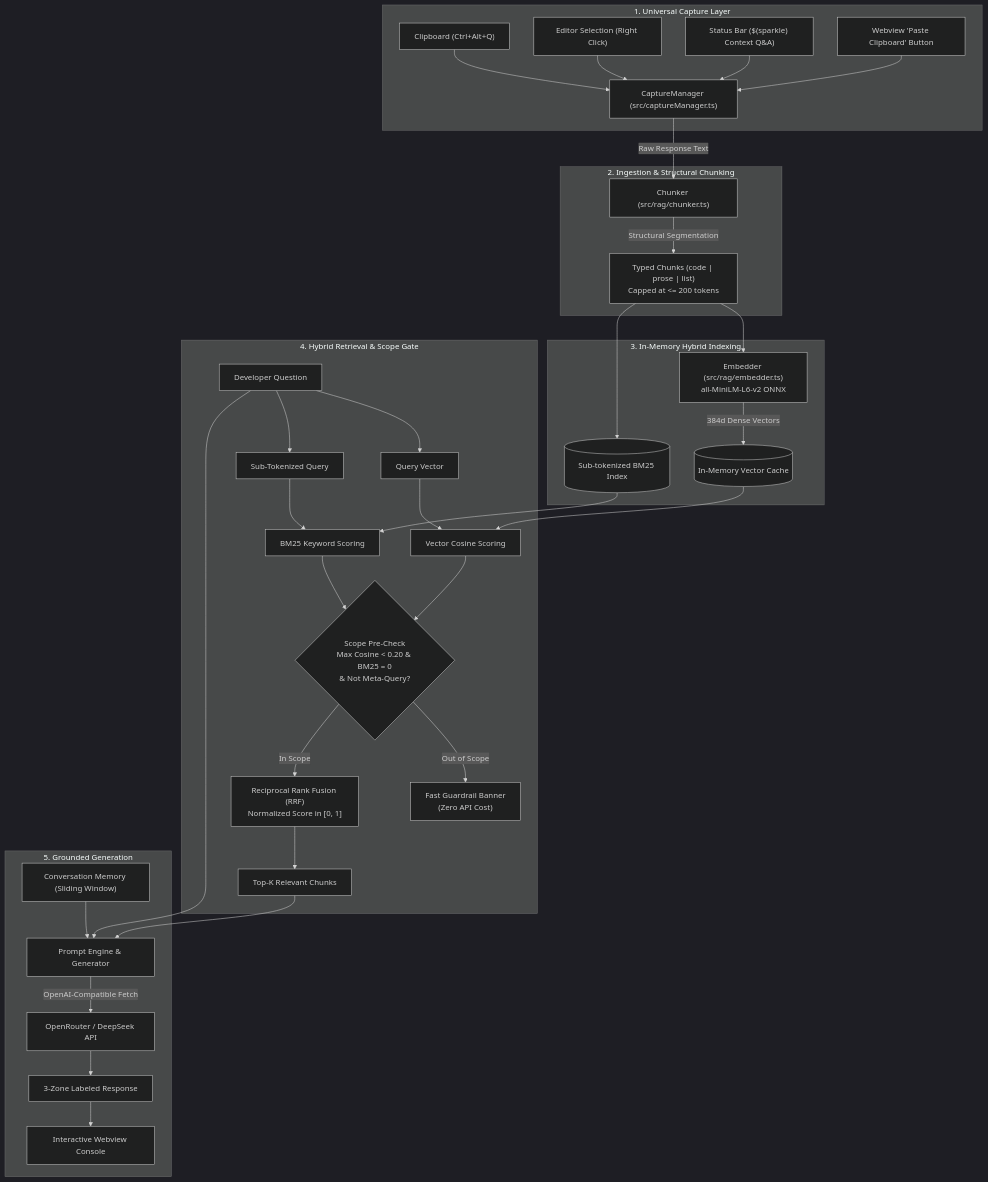
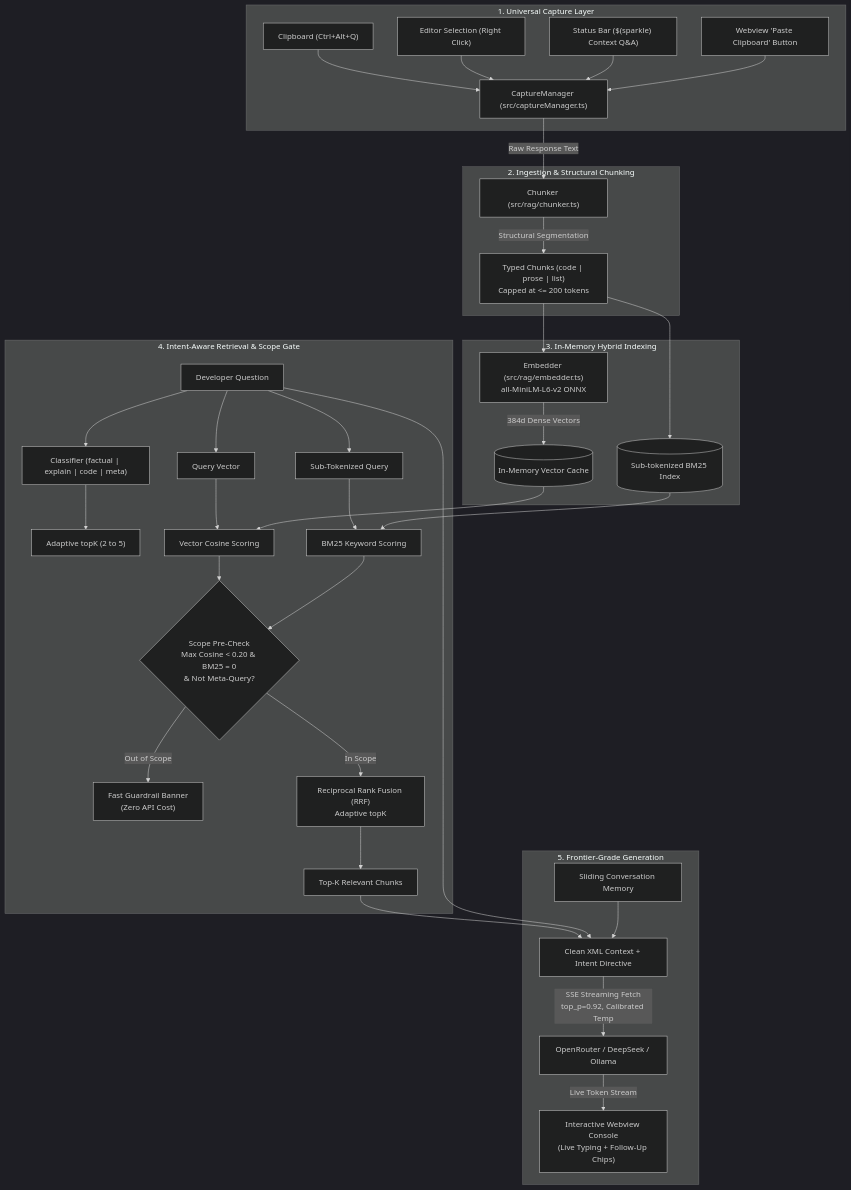
The diagram in README.md (abhishek3059/Agentic-chat-QA-bot), drawn with Mermaid (dark theme) before and after one commit. The commit also changed other lines of this file and 17 other files, not shown here.

````diff
--- a/README.md
+++ b/README.md
@@ -78,41 +90,42 @@
 ```mermaid
 flowchart TD
     subgraph CaptureLayer ["1. Universal Capture Layer"]
         C1["Clipboard (Ctrl+Alt+Q)"] --> CM["CaptureManager (src/captureManager.ts)"]
         C2["Editor Selection (Right Click)"] --> CM
         C3["Status Bar ($(sparkle) Context Q&A)"] --> CM
         C4["Webview 'Paste Clipboard' Button"] --> CM
     end
 
     subgraph Ingestion ["2. Ingestion & Structural Chunking"]
         CM -->|Raw Response Text| CH["Chunker (src/rag/chunker.ts)"]
         CH -->|Structural Segmentation| Chunks["Typed Chunks (code | prose | list)<br/>Capped at <= 200 tokens"]
     end
 
     subgraph VectorBM25 ["3. In-Memory Hybrid Indexing"]
         Chunks --> EMB["Embedder (src/rag/embedder.ts)<br/>all-MiniLM-L6-v2 ONNX"]
         EMB -->|384d Dense Vectors| VStore[("In-Memory Vector Cache")]
         Chunks --> BMIndex[("Sub-tokenized BM25 Index")]
     end
 
-    subgraph Retrieval ["4. Hybrid Retrieval & Scope Gate"]
-        UQ["Developer Question"] --> QEmb["Query Vector"]
+    subgraph Retrieval ["4. Intent-Aware Retrieval & Scope Gate"]
+        UQ["Developer Question"] --> Intent["Classifier (factual | explain | code | meta)"]
+        Intent --> AdaptiveK["Adaptive topK (2 to 5)"]
+        UQ --> QEmb["Query Vector"]
         UQ --> QTokens["Sub-Tokenized Query"]
         
         QEmb & VStore --> Cosine["Vector Cosine Scoring"]
         QTokens & BMIndex --> BM25["BM25 Keyword Scoring"]
         
         Cosine & BM25 --> Gate{"Scope Pre-Check<br/>Max Cosine < 0.20 & BM25 = 0<br/>& Not Meta-Query?"}
         Gate -- "Out of Scope" --> Refuse["Fast Guardrail Banner<br/>(Zero API Cost)"]
-        Gate -- "In Scope" --> RRF["Reciprocal Rank Fusion (RRF)<br/>Normalized Score in [0, 1]"]
+        Gate -- "In Scope" --> RRF["Reciprocal Rank Fusion (RRF)<br/>Adaptive topK"]
         RRF --> TopK["Top-K Relevant Chunks"]
     end
 
-    subgraph Generation ["5. Grounded Generation"]
-        TopK & UQ --> GEN["Prompt Engine & Generator"]
-        Hist["Conversation Memory (Sliding Window)"] --> GEN
-        GEN -->|OpenAI-Compatible Fetch| LLMEndpoint["OpenRouter / DeepSeek API"]
-        LLMEndpoint --> Ans["3-Zone Labeled Response"]
-        Ans --> WV["Interactive Webview Console"]
+    subgraph Generation ["5. Frontier-Grade Generation"]
+        TopK & UQ --> GEN["Clean XML Context + Intent Directive"]
+        Hist["Sliding Conversation Memory"] --> GEN
+        GEN -->|SSE Streaming Fetch<br/>top_p=0.92, Calibrated Temp| LLMEndpoint["OpenRouter / DeepSeek / Ollama"]
+        LLMEndpoint -->|Live Token Stream| WV["Interactive Webview Console<br/>(Live Typing + Follow-Up Chips)"]
     end
 ```
````
